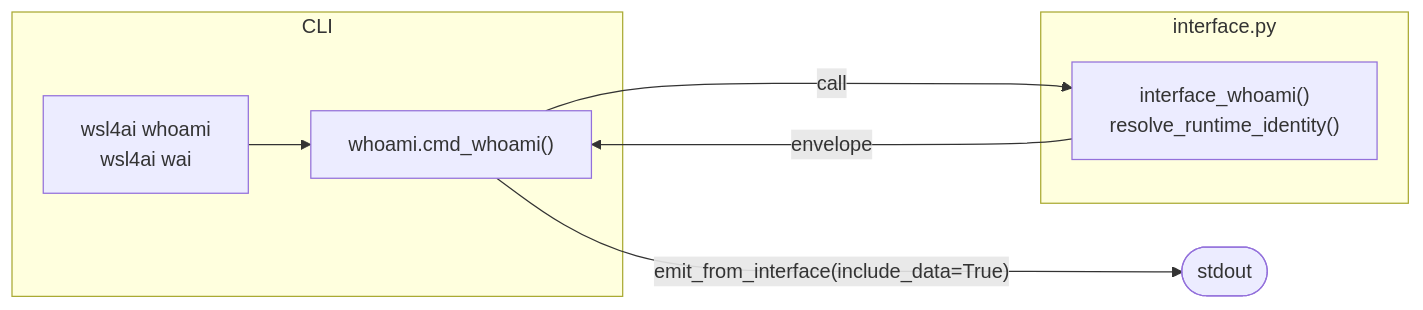
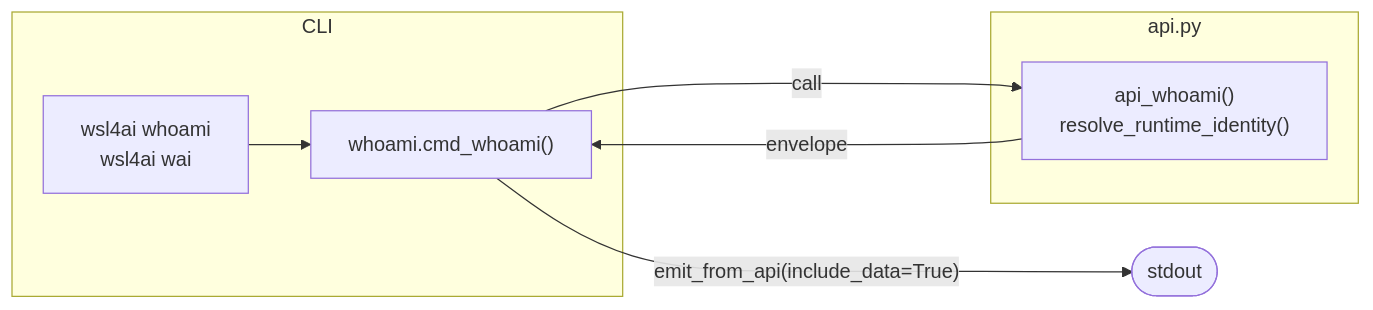
Before and after one commit to rmompo/wsl4ai: the diagram in specs/tool/specs-whoami.md, drawn with Mermaid. The commit also changed 20 other files, not shown here.

First line of the commit message:
v1.6.3: rename interface.py → api.py, interface_* → api_*

````diff
--- a/specs/tool/specs-whoami.md
+++ b/specs/tool/specs-whoami.md
@@ -35,15 +35,15 @@
 ```mermaid
 flowchart LR
     subgraph CLI
         wai["wsl4ai whoami\nwsl4ai wai"]
         cmd["whoami.cmd_whoami()"]
         wai --> cmd
     end
-    subgraph Interface["interface.py"]
-        iface["interface_whoami()\nresolve_runtime_identity()"]
+    subgraph Interface["api.py"]
+        iface["api_whoami()\nresolve_runtime_identity()"]
     end
 
     cmd -->|"call"| iface
     iface -->|"envelope"| cmd
-    cmd -->|"emit_from_interface(include_data=True)"| stdout([stdout])
+    cmd -->|"emit_from_api(include_data=True)"| stdout([stdout])
 ```
````
